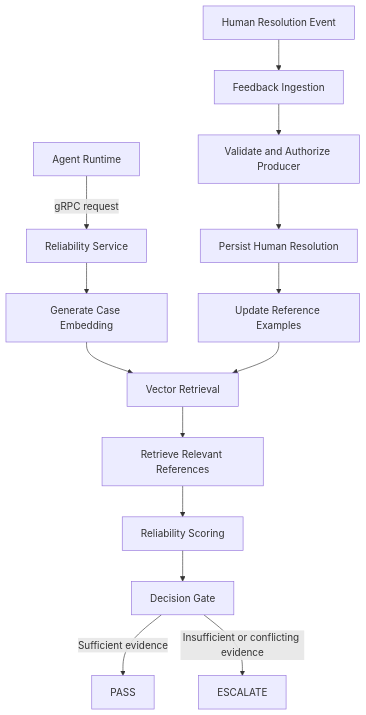
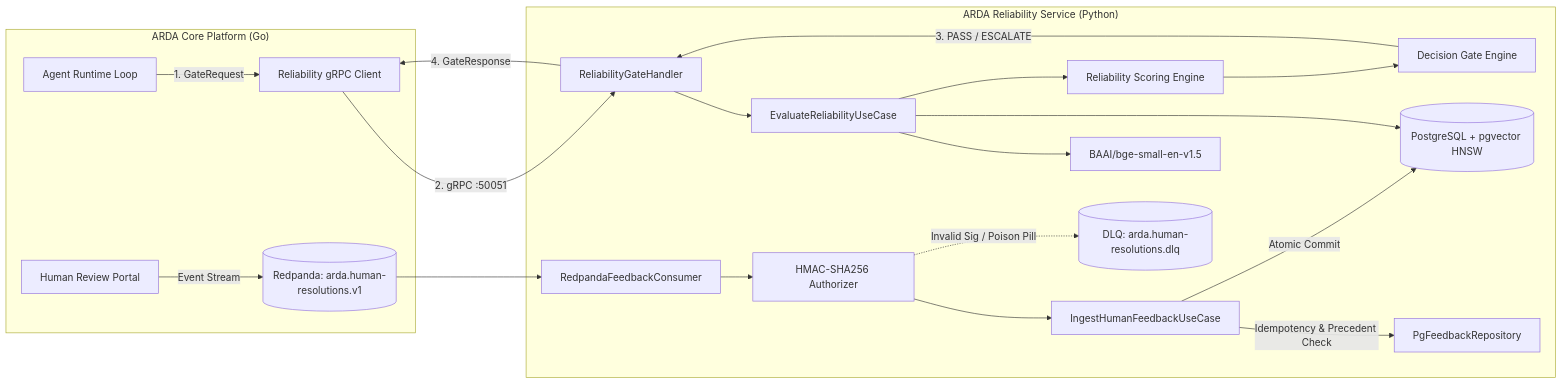
The diagram in README.md (aswinsreeraj/arda-reliability-service), drawn with Mermaid before and after one commit. The commit also changed other lines of this file and 9 other files, not shown here.

````diff
--- a/README.md
+++ b/README.md
@@ -36,16 +29,25 @@
 ```mermaid
-flowchart TD
-    A[Agent Runtime] -->|gRPC request| B[Reliability Service]
-    B --> C[Generate Case Embedding]
-    C --> D[Vector Retrieval]
-    D --> E[Retrieve Relevant References]
-    E --> F[Reliability Scoring]
-    F --> G[Decision Gate]
-    G -->|Sufficient evidence| H[PASS]
-    G -->|Insufficient or conflicting evidence| I[ESCALATE]
-    J[Human Resolution Event] --> K[Feedback Ingestion]
-    K --> L[Validate and Authorize Producer]
-    L --> M[Persist Human Resolution]
-    M --> N[Update Reference Examples]
-    N --> D
+flowchart LR
+    subgraph ARDA_Go["ARDA Core Platform (Go)"]
+        Agent[Agent Runtime Loop] -->|1. GateRequest| gRPCClient[Reliability gRPC Client]
+        Portal[Human Review Portal] -->|Event Stream| RedpandaTopic[("Redpanda: arda.human-resolutions.v1")]
+    end
+
+    subgraph Reliability_Service["ARDA Reliability Service (Python)"]
+        gRPCClient -->|2. gRPC :50051| GRPCHandler[ReliabilityGateHandler]
+        GRPCHandler --> UseCase1[EvaluateReliabilityUseCase]
+        UseCase1 --> Embedder[BAAI/bge-small-en-v1.5]
+        UseCase1 --> PgVector[(PostgreSQL + pgvector HNSW)]
+        UseCase1 --> Scoring[Reliability Scoring Engine]
+        Scoring --> Decision[Decision Gate Engine]
+        Decision -->|3. PASS / ESCALATE| GRPCHandler
+        GRPCHandler -->|4. GateResponse| gRPCClient
+
+        RedpandaTopic --> Consumer[RedpandaFeedbackConsumer]
+        Consumer --> Authorizer[HMAC-SHA256 Authorizer]
+        Authorizer --> UseCase2[IngestHumanFeedbackUseCase]
+        UseCase2 -->|Idempotency & Precedent Check| PgFeedback[PgFeedbackRepository]
+        UseCase2 -->|Atomic Commit| PgVector
+        Authorizer -.->|Invalid Sig / Poison Pill| DLQ[("DLQ: arda.human-resolutions.dlq")]
+    end
 ```
````
